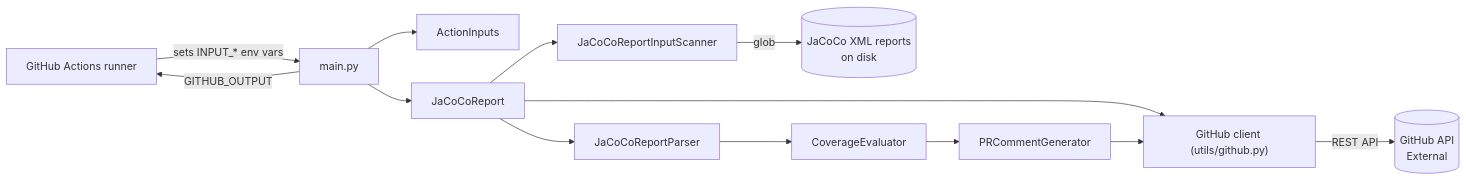
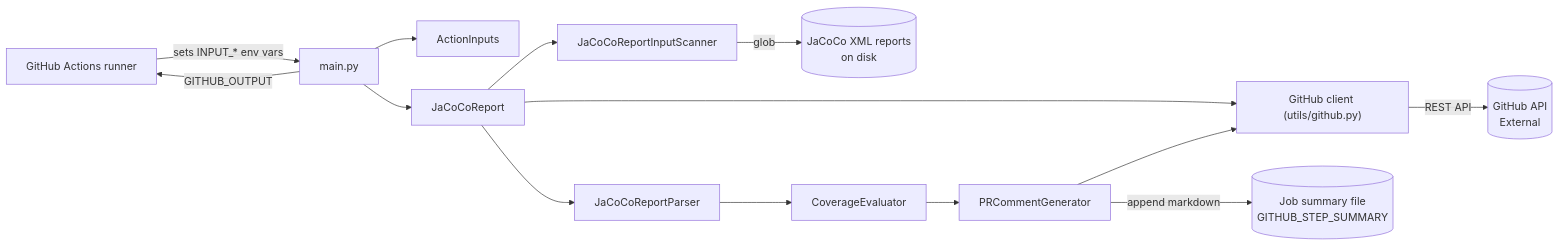
One commit to MoranaApps/jacoco-report changed the diagram in CONTEXT.md. Above: the diagram before and after it, drawn with Mermaid. The commit also changed other lines of this file and 22 other files, not shown here.

First line of the commit message:
feat: write the report to the job summary (#285) (#341)

````diff
--- a/CONTEXT.md
+++ b/CONTEXT.md
@@ -58,15 +59,16 @@
 ```mermaid
 flowchart LR
   gha["GitHub Actions runner"] -->|sets INPUT_* env vars| main[main.py]
   main --> inputs[ActionInputs]
   main --> report[JaCoCoReport]
   report --> scanner[JaCoCoReportInputScanner]
   scanner -->|glob| xmlfiles[("JaCoCo XML reports<br/>on disk")]
   report --> parser[JaCoCoReportParser]
   parser --> evaluator[CoverageEvaluator]
   evaluator --> generator[PRCommentGenerator]
   report --> gh["GitHub client (utils/github.py)"]
   generator --> gh
+  generator -->|append markdown| summary[("Job summary file<br/>GITHUB_STEP_SUMMARY")]
   gh -->|REST API| ghapi[("GitHub API<br/>External")]
   main -->|GITHUB_OUTPUT| gha
 ```
````
